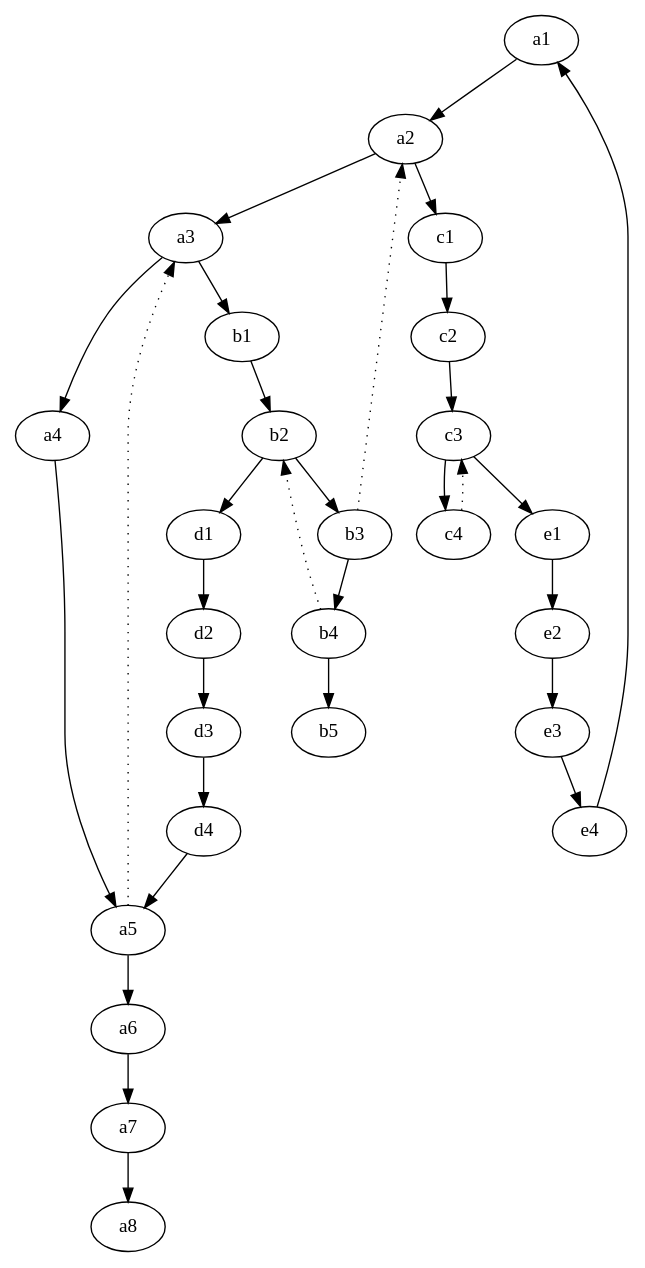
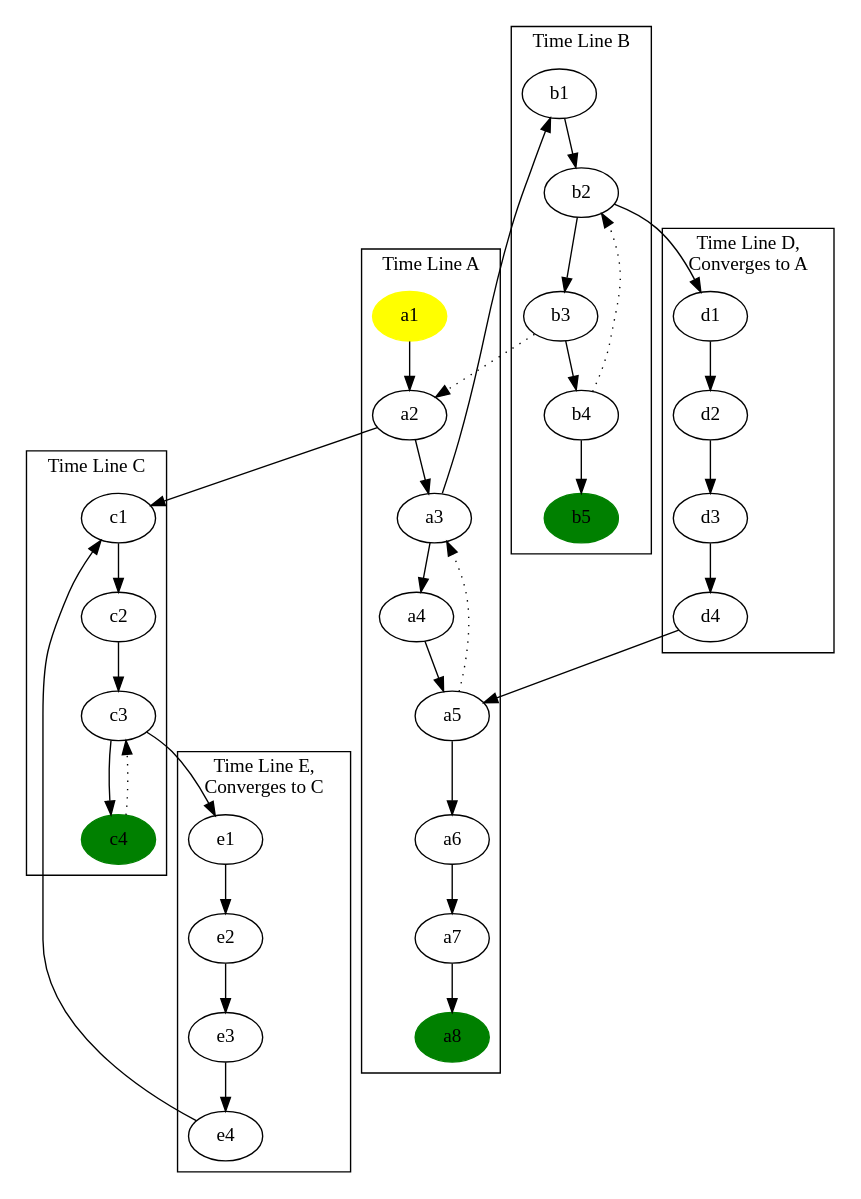
One commit to slemonide/GraphSpace changed the diagram in doc/timeTravel.gv. Above: the diagram before and after it, drawn with Graphviz.

Commit message:
Update time travel diagram

```diff
--- a/doc/timeTravel.gv
+++ b/doc/timeTravel.gv
@@ -1,36 +1,65 @@
 digraph G {
-	a1 -> a2
-	a2 -> a3
-	a3 -> a4
-	a4 -> a5
-	a5 -> a6
-	a6 -> a7
-	a7 -> a8
+
+	subgraph cluster_timeLineA {
+		a1 -> a2
+		a2 -> a3
+		a3 -> a4
+		a4 -> a5
+		a5 -> a6
+		a6 -> a7
+		a7 -> a8
+
+		a1 [style=filled, color=yellow];
+		a8 [style=filled, color=green];
+		label = "Time Line A";
+	}
 
 	a5 -> a3 [style=dotted];
 	a3 -> b1
-	b1 -> b2
-	b2 -> b3
-	b3 -> b4
-	b4 -> b5
+
+	subgraph cluster_timeLineB {
+		b1 -> b2
+		b2 -> b3
+		b3 -> b4
+		b4 -> b5
+
+		b5 [style=filled, color=green];
+		label = "Time Line B";
+	}
 
 	b3 -> a2 [style=dotted];
 	a2 -> c1
-	c1 -> c2
-	c2 -> c3
-	c3 -> c4
+
+	subgraph cluster_timeLineC {
+		c1 -> c2
+		c2 -> c3
+		c3 -> c4
+
+		c4 [style=filled, color=green];
+		label = "Time Line C";
+	}
 
 	b4 -> b2 [style=dotted];
 	b2 -> d1
-	d1 -> d2
-	d2 -> d3
-	d3 -> d4
+
+	subgraph cluster_timeLineD {
+		d1 -> d2
+		d2 -> d3
+		d3 -> d4
+
+		label = "Time Line D,\nConverges to A";
+	}
+
 	d4 -> a5
-
 	c4 -> c3 [style=dotted];
 	c3 -> e1
-	e1 -> e2
-	e2 -> e3
-	e3 -> e4
-	e4 -> a1
+
+	subgraph cluster_timeLineE {
+		e1 -> e2
+		e2 -> e3
+		e3 -> e4
+		label = "Time Line E,\nConverges to C";
+	}
+
+	e4 -> c1
 }
```
